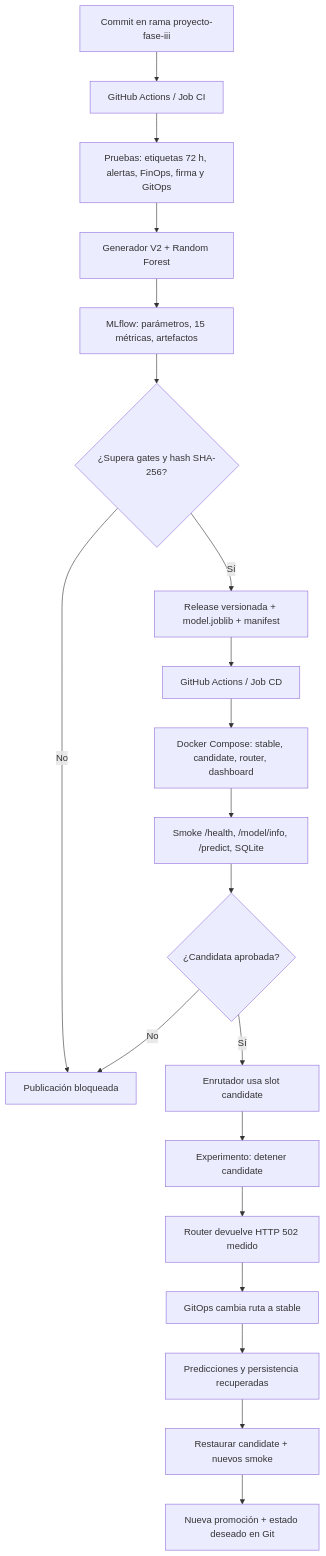
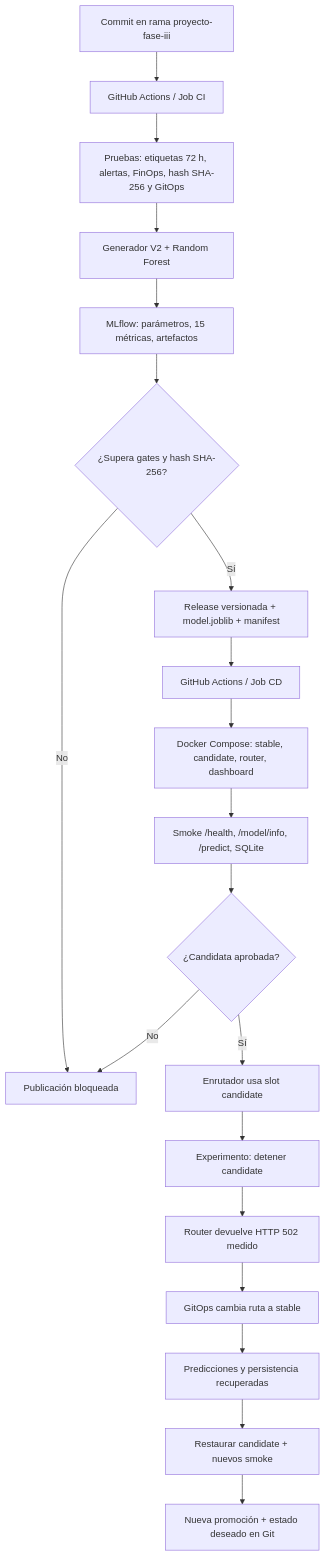
Before and after one commit to isaaccg88/PredictiveMaintenance-AI-FaseII: the first of 3 diagrams in README.md, drawn with Mermaid. The commit also changed other lines of this file, not shown here.

Commit message:
docs(fase3): distinguir checksum de firma criptográfica y documentar límite de seguridad

````diff
--- a/README.md
+++ b/README.md
@@ -50,22 +50,22 @@
 ```mermaid
 flowchart TB
   DEV["Commit en rama proyecto-fase-iii"] --> CI["GitHub Actions / Job CI"]
-  CI --> TEST["Pruebas: etiquetas 72 h, alertas, FinOps, firma y GitOps"]
+  CI --> TEST["Pruebas: etiquetas 72 h, alertas, FinOps, hash SHA-256 y GitOps"]
   TEST --> TRAIN["Generador V2 + Random Forest"]
   TRAIN --> MLF["MLflow: parámetros, 15 métricas, artefactos"]
   MLF --> GATE{"¿Supera gates y hash SHA-256?"}
   GATE -->|No| STOP["Publicación bloqueada"]
   GATE -->|Sí| ART["Release versionada + model.joblib + manifest"]
   ART --> CD["GitHub Actions / Job CD"]
   CD --> DOCKER["Docker Compose: stable, candidate, router, dashboard"]
   DOCKER --> HEALTH["Smoke /health, /model/info, /predict, SQLite"]
   HEALTH --> PROM{"¿Candidata aprobada?"}
   PROM -->|No| STOP
   PROM -->|Sí| SWITCH["Enrutador usa slot candidate"]
   SWITCH --> FAIL["Experimento: detener candidate"]
   FAIL --> HTTP["Router devuelve HTTP 502 medido"]
   HTTP --> BACK["GitOps cambia ruta a stable"]
   BACK --> CHECK["Predicciones y persistencia recuperadas"]
   CHECK --> RESTORE["Restaurar candidate + nuevos smoke"]
   RESTORE --> FIN["Nueva promoción + estado deseado en Git"]
 ```
````
